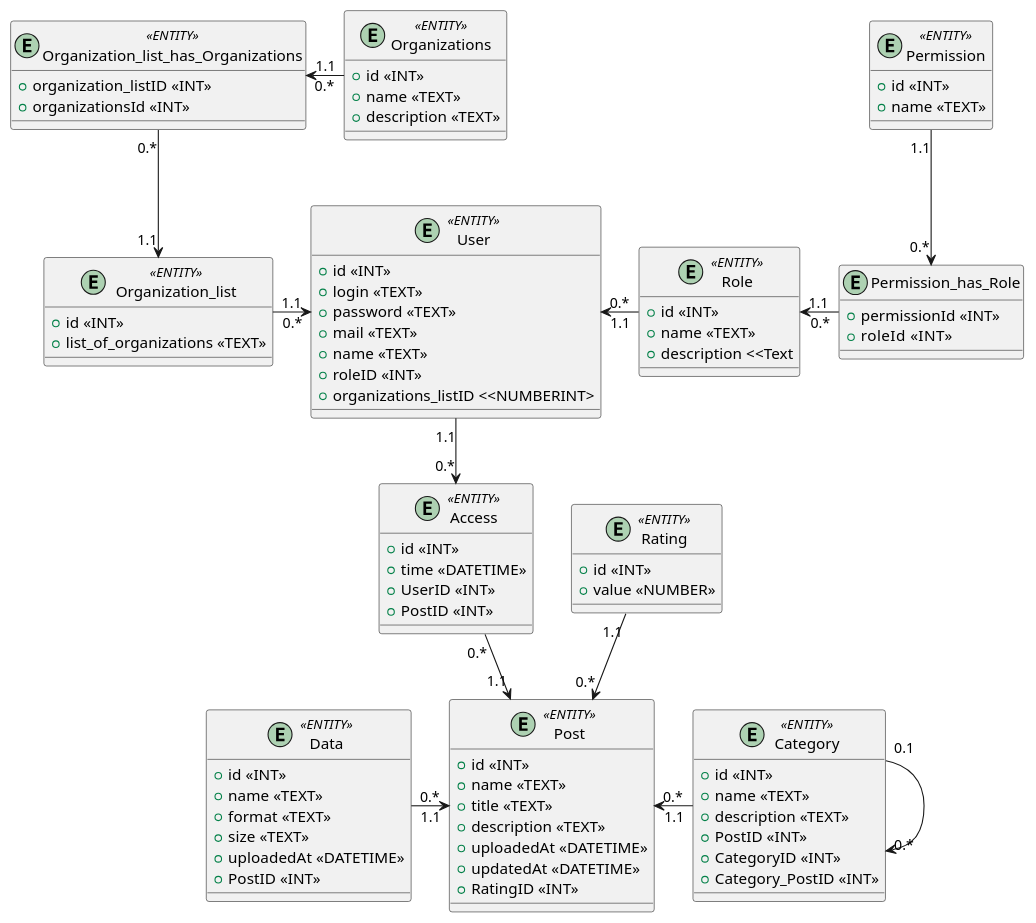
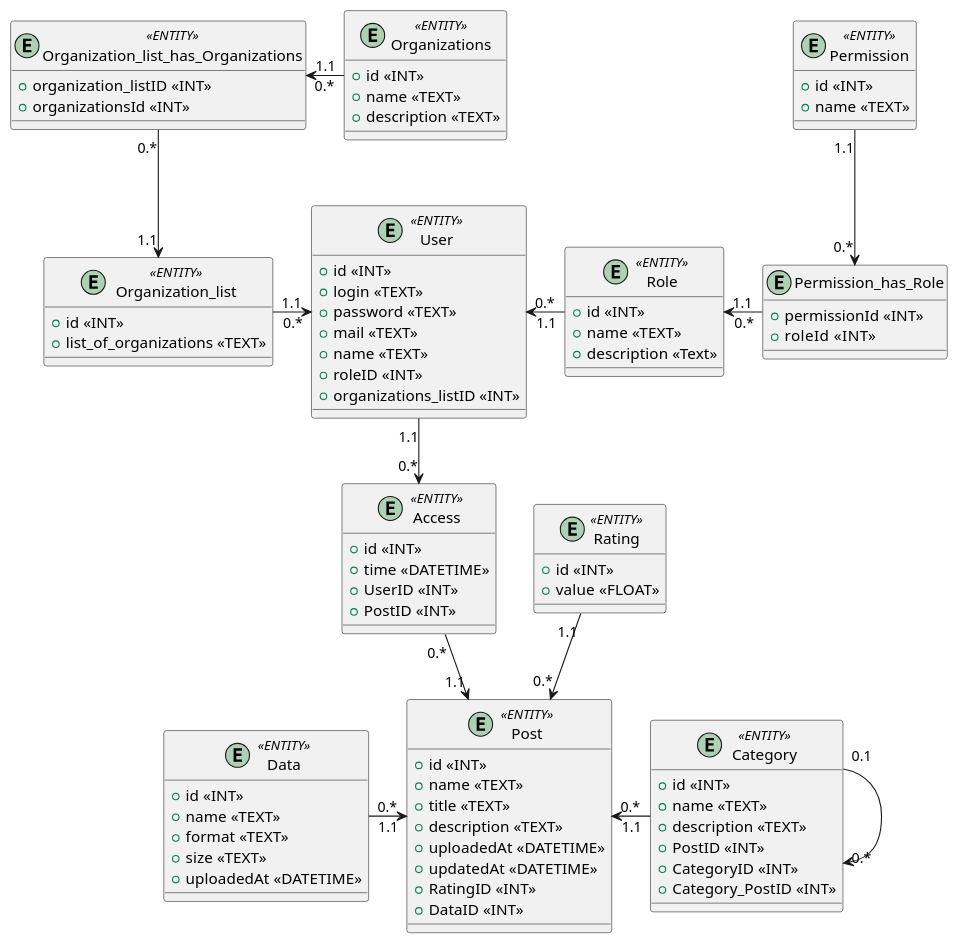
The second of 2 diagrams in docs/design/README.md (notnuff/edu_db_labs-IM-21), drawn with PlantUML before and after one commit. The commit also changed other lines of this file and 1 other file, not shown here.

```diff
--- a/docs/design/README.md
+++ b/docs/design/README.md
@@ -134,13 +134,13 @@
   + mail <<TEXT>> 
   + name <<TEXT>>  
   + roleID <<INT>>
-  + organizations_listID <<NUMBERINT> 
+  + organizations_listID <<INT>> 
 }
 
 entity "Role" <<ENTITY>>  {
   + id <<INT>> 
   + name <<TEXT>>
-  + description <<Text 
+  + description <<Text>>
 }
 
 entity "Permission_has_Role" {
@@ -183,6 +183,7 @@
   + uploadedAt <<DATETIME>> 
   + updatedAt <<DATETIME>> 
   + RatingID <<INT>>
+  + DataID <<INT>>
 }
 
 entity "Data" <<ENTITY>>  {
@@ -191,7 +192,6 @@
   + format <<TEXT>> 
   + size <<TEXT>> 
   + uploadedAt <<DATETIME>> 
-  + PostID <<INT>>
 }
 
 
@@ -206,7 +206,7 @@
 
 entity "Rating" <<ENTITY>>  {
   + id <<INT>> 
-  + value <<NUMBER>> 
+  + value <<FLOAT>> 
 }
 
 Role "1.1"-l->"0.*" User
```
